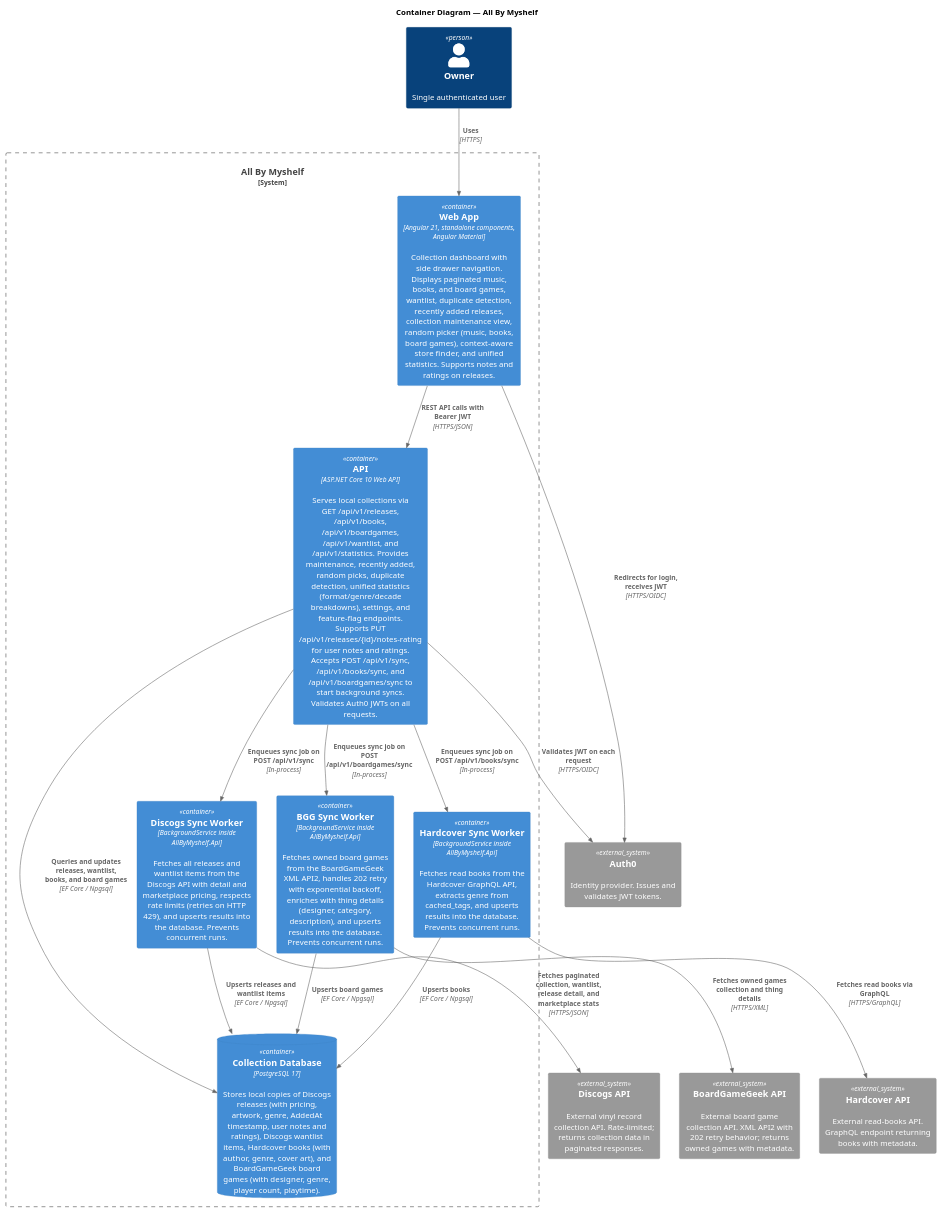
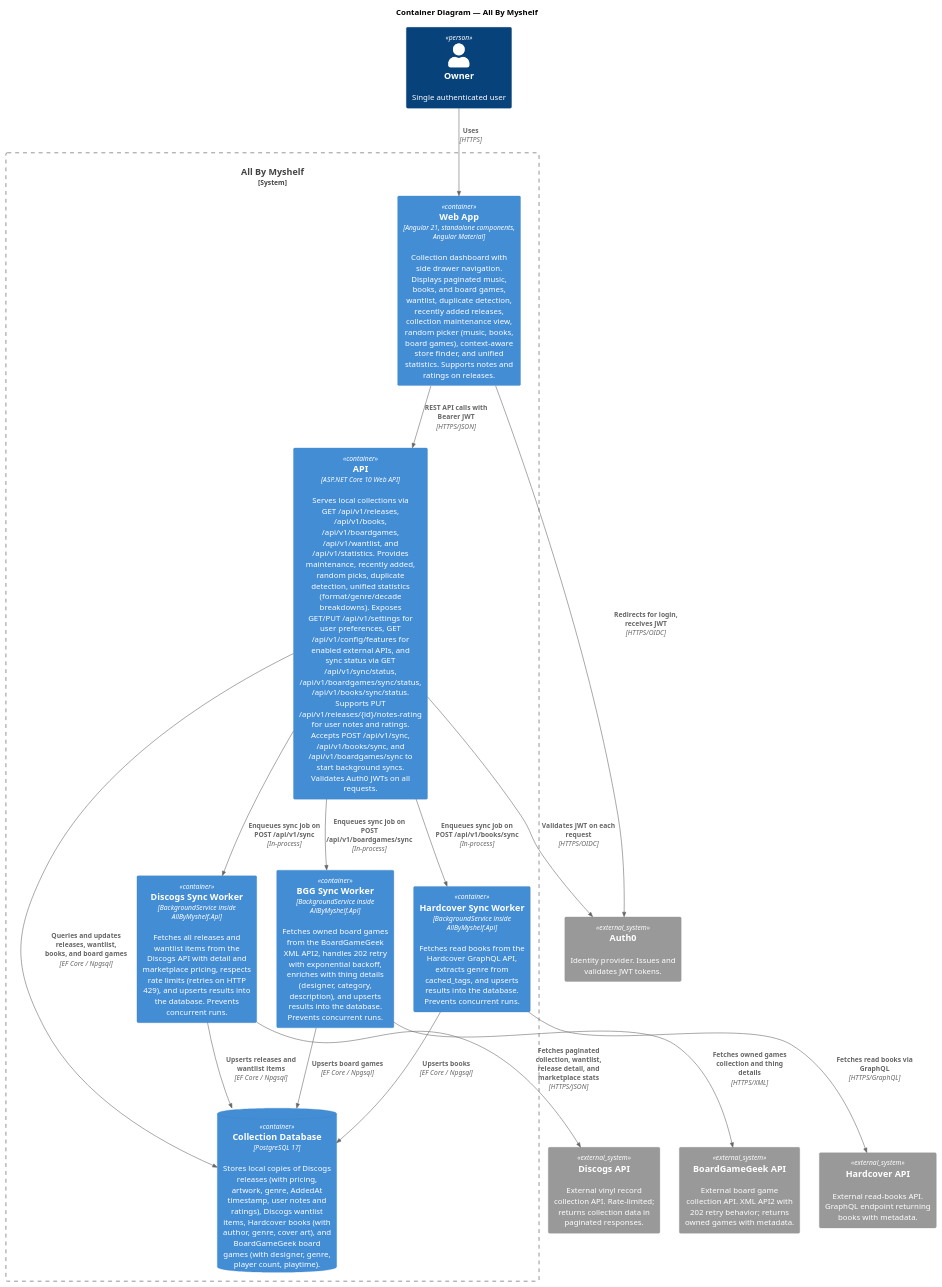
One commit to ronlease/All-By-Myshelf changed the diagram in docs/c4/container.puml. Above: the diagram before and after it, drawn with PlantUML. The commit also changed 15 other files, not shown here.

```diff
--- a/docs/c4/container.puml
+++ b/docs/c4/container.puml
@@ -1,42 +1,42 @@
 @startuml
 !include https://raw.githubusercontent.com/plantuml-stdlib/C4-PlantUML/master/C4_Container.puml
 
 title Container Diagram — All By Myshelf
 
 Person(user, "Owner", "Single authenticated user")
 
 System_Ext(auth0, "Auth0", "Identity provider. Issues and validates JWT tokens.")
 System_Ext(discogs, "Discogs API", "External vinyl record collection API. Rate-limited; returns collection data in paginated responses.")
 System_Ext(bgg, "BoardGameGeek API", "External board game collection API. XML API2 with 202 retry behavior; returns owned games with metadata.")
 System_Ext(hardcover, "Hardcover API", "External read-books API. GraphQL endpoint returning books with metadata.")
 
 System_Boundary(app, "All By Myshelf") {
     Container(web, "Web App", "Angular 21, standalone components, Angular Material", "Collection dashboard with side drawer navigation. Displays paginated music, books, and board games, wantlist, duplicate detection, recently added releases, collection maintenance view, random picker (music, books, board games), context-aware store finder, and unified statistics. Supports notes and ratings on releases.")
 
-    Container(api, "API", "ASP.NET Core 10 Web API", "Serves local collections via GET /api/v1/releases, /api/v1/books, /api/v1/boardgames, /api/v1/wantlist, and /api/v1/statistics. Provides maintenance, recently added, random picks, duplicate detection, unified statistics (format/genre/decade breakdowns), settings, and feature-flag endpoints. Supports PUT /api/v1/releases/{id}/notes-rating for user notes and ratings. Accepts POST /api/v1/sync, /api/v1/books/sync, and /api/v1/boardgames/sync to start background syncs. Validates Auth0 JWTs on all requests.")
+    Container(api, "API", "ASP.NET Core 10 Web API", "Serves local collections via GET /api/v1/releases, /api/v1/books, /api/v1/boardgames, /api/v1/wantlist, and /api/v1/statistics. Provides maintenance, recently added, random picks, duplicate detection, unified statistics (format/genre/decade breakdowns). Exposes GET/PUT /api/v1/settings for user preferences, GET /api/v1/config/features for enabled external APIs, and sync status via GET /api/v1/sync/status, /api/v1/boardgames/sync/status, /api/v1/books/sync/status. Supports PUT /api/v1/releases/{id}/notes-rating for user notes and ratings. Accepts POST /api/v1/sync, /api/v1/books/sync, and /api/v1/boardgames/sync to start background syncs. Validates Auth0 JWTs on all requests.")
 
     Container(discogsSyncWorker, "Discogs Sync Worker", "BackgroundService inside AllByMyshelf.Api", "Fetches all releases and wantlist items from the Discogs API with detail and marketplace pricing, respects rate limits (retries on HTTP 429), and upserts results into the database. Prevents concurrent runs.")
 
     Container(bggSyncWorker, "BGG Sync Worker", "BackgroundService inside AllByMyshelf.Api", "Fetches owned board games from the BoardGameGeek XML API2, handles 202 retry with exponential backoff, enriches with thing details (designer, category, description), and upserts results into the database. Prevents concurrent runs.")
 
     Container(hardcoverSyncWorker, "Hardcover Sync Worker", "BackgroundService inside AllByMyshelf.Api", "Fetches read books from the Hardcover GraphQL API, extracts genre from cached_tags, and upserts results into the database. Prevents concurrent runs.")
 
     ContainerDb(db, "Collection Database", "PostgreSQL 17", "Stores local copies of Discogs releases (with pricing, artwork, genre, AddedAt timestamp, user notes and ratings), Discogs wantlist items, Hardcover books (with author, genre, cover art), and BoardGameGeek board games (with designer, genre, player count, playtime).")
 }
 
 Rel(user, web, "Uses", "HTTPS")
 Rel(web, auth0, "Redirects for login, receives JWT", "HTTPS/OIDC")
 Rel(web, api, "REST API calls with Bearer JWT", "HTTPS/JSON")
 Rel(api, auth0, "Validates JWT on each request", "HTTPS/OIDC")
 Rel(api, discogsSyncWorker, "Enqueues sync job on POST /api/v1/sync", "In-process")
 Rel(api, bggSyncWorker, "Enqueues sync job on POST /api/v1/boardgames/sync", "In-process")
 Rel(api, hardcoverSyncWorker, "Enqueues sync job on POST /api/v1/books/sync", "In-process")
 Rel(bggSyncWorker, bgg, "Fetches owned games collection and thing details", "HTTPS/XML")
 Rel(bggSyncWorker, db, "Upserts board games", "EF Core / Npgsql")
 Rel(discogsSyncWorker, discogs, "Fetches paginated collection, wantlist, release detail, and marketplace stats", "HTTPS/JSON")
 Rel(hardcoverSyncWorker, hardcover, "Fetches read books via GraphQL", "HTTPS/GraphQL")
 Rel(discogsSyncWorker, db, "Upserts releases and wantlist items", "EF Core / Npgsql")
 Rel(hardcoverSyncWorker, db, "Upserts books", "EF Core / Npgsql")
 Rel(api, db, "Queries and updates releases, wantlist, books, and board games", "EF Core / Npgsql")
 
 @enduml
```
